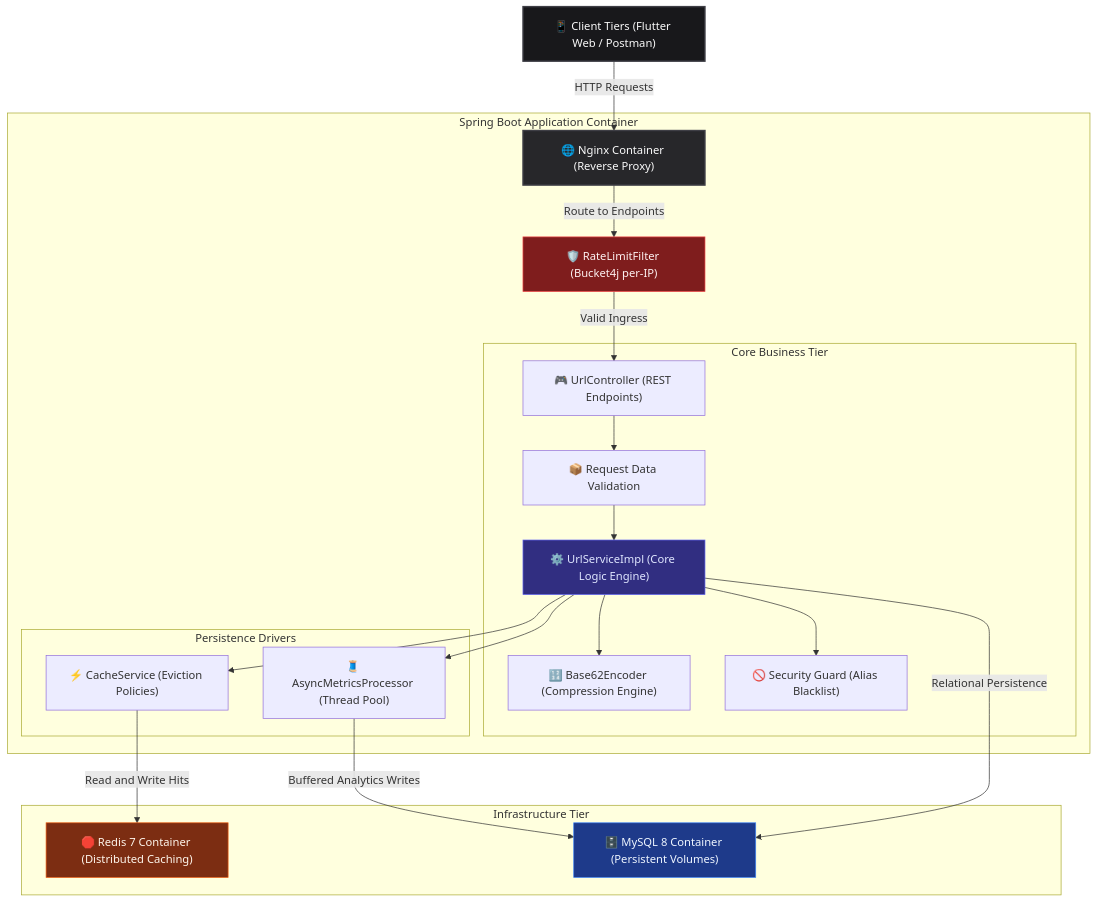
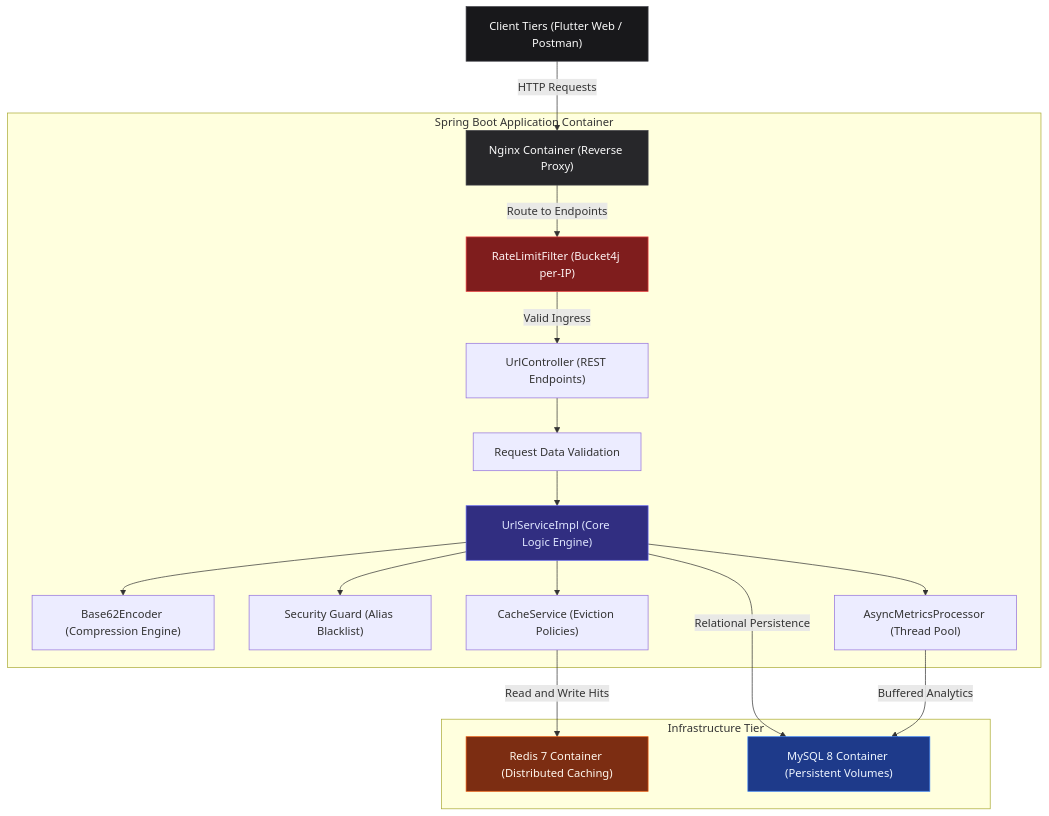
One commit to khushi-jaiswal0512/Url-shortner changed the first of 3 diagrams in README.md. Above: the diagram before and after it, drawn with Mermaid.

Commit message:
docs: Simplify mermaid diagram to ultra-safe fallback version

````diff
--- a/README.md
+++ b/README.md
@@ -11,50 +11,44 @@
 ```mermaid
 graph TD
-    %% 1. Define Nodes Safest Way (No HTML)
-    Client["📱 Client Tiers (Flutter Web / Postman)"]
-    Nginx["🌐 Nginx Container (Reverse Proxy)"]
-    Filter["🛡️ RateLimitFilter (Bucket4j per-IP)"]
-    Controller["🎮 UrlController (REST Endpoints)"]
-    DTO["📦 Request Data Validation"]
-    Service["⚙️ UrlServiceImpl (Core Logic Engine)"]
-    Encoder["🔢 Base62Encoder (Compression Engine)"]
-    Blacklist["🚫 Security Guard (Alias Blacklist)"]
-    CacheService["⚡ CacheService (Eviction Policies)"]
-    AsyncMetrics["🧵 AsyncMetricsProcessor (Thread Pool)"]
-    Redis["🛑 Redis 7 Container (Distributed Caching)"]
-    MySQL["🗄️ MySQL 8 Container (Persistent Volumes)"]
+    %% Define Nodes
+    Client["Client Tiers (Flutter Web / Postman)"]
+    Nginx["Nginx Container (Reverse Proxy)"]
+    Filter["RateLimitFilter (Bucket4j per-IP)"]
+    Controller["UrlController (REST Endpoints)"]
+    DTO["Request Data Validation"]
+    Service["UrlServiceImpl (Core Logic Engine)"]
+    Encoder["Base62Encoder (Compression Engine)"]
+    Blacklist["Security Guard (Alias Blacklist)"]
+    CacheService["CacheService (Eviction Policies)"]
+    AsyncMetrics["AsyncMetricsProcessor (Thread Pool)"]
+    Redis["Redis 7 Container (Distributed Caching)"]
+    MySQL["MySQL 8 Container (Persistent Volumes)"]
 
-    %% 2. Define Graph Connections (No Quotes in Arrows)
+    %% Define Connections
     Client -->|HTTP Requests| Nginx
 
-    subgraph "Spring Boot Application Container"
+    subgraph SpringBoot [Spring Boot Application Container]
         Nginx -->|Route to Endpoints| Filter
         Filter -->|Valid Ingress| Controller
-        
-        subgraph "Core Business Tier"
-            Controller --> DTO
-            DTO --> Service
-            Service --> Encoder
-            Service --> Blacklist
-        end
-
-        subgraph "Persistence Drivers"
-            Service --> CacheService
-            Service --> AsyncMetrics
-        end
+        Controller --> DTO
+        DTO --> Service
+        Service --> Encoder
+        Service --> Blacklist
+        Service --> CacheService
+        Service --> AsyncMetrics
     end
 
-    subgraph "Infrastructure Tier"
+    subgraph InfraTier [Infrastructure Tier]
         CacheService -->|Read and Write Hits| Redis
         Service -->|Relational Persistence| MySQL
-        AsyncMetrics -->|Buffered Analytics Writes| MySQL
+        AsyncMetrics -->|Buffered Analytics| MySQL
     end
 
-    %% 3. Visual Styling
-    style Client fill:#18181b,stroke:#3f3f46,stroke-width:2px,color:#fafafa
-    style Nginx fill:#27272a,stroke:#3f3f46,stroke-width:2px,color:#fafafa
-    style Filter fill:#7f1d1d,stroke:#ef4444,stroke-width:1px,color:#fef2f2
-    style Redis fill:#7c2d12,stroke:#ea580c,stroke-width:1px,color:#fff7ed
-    style MySQL fill:#1e3a8a,stroke:#3b82f6,stroke-width:1px,color:#eff6ff
-    style Service fill:#312e81,stroke:#6366f1,stroke-width:1px,color:#e0e7ff
+    %% Visual Styling
+    style Client fill:#18181b,stroke:#3f3f46,color:#fafafa
+    style Nginx fill:#27272a,stroke:#3f3f46,color:#fafafa
+    style Filter fill:#7f1d1d,stroke:#ef4444,color:#fef2f2
+    style Redis fill:#7c2d12,stroke:#ea580c,color:#fff7ed
+    style MySQL fill:#1e3a8a,stroke:#3b82f6,color:#eff6ff
+    style Service fill:#312e81,stroke:#6366f1,color:#e0e7ff
 ```
````
